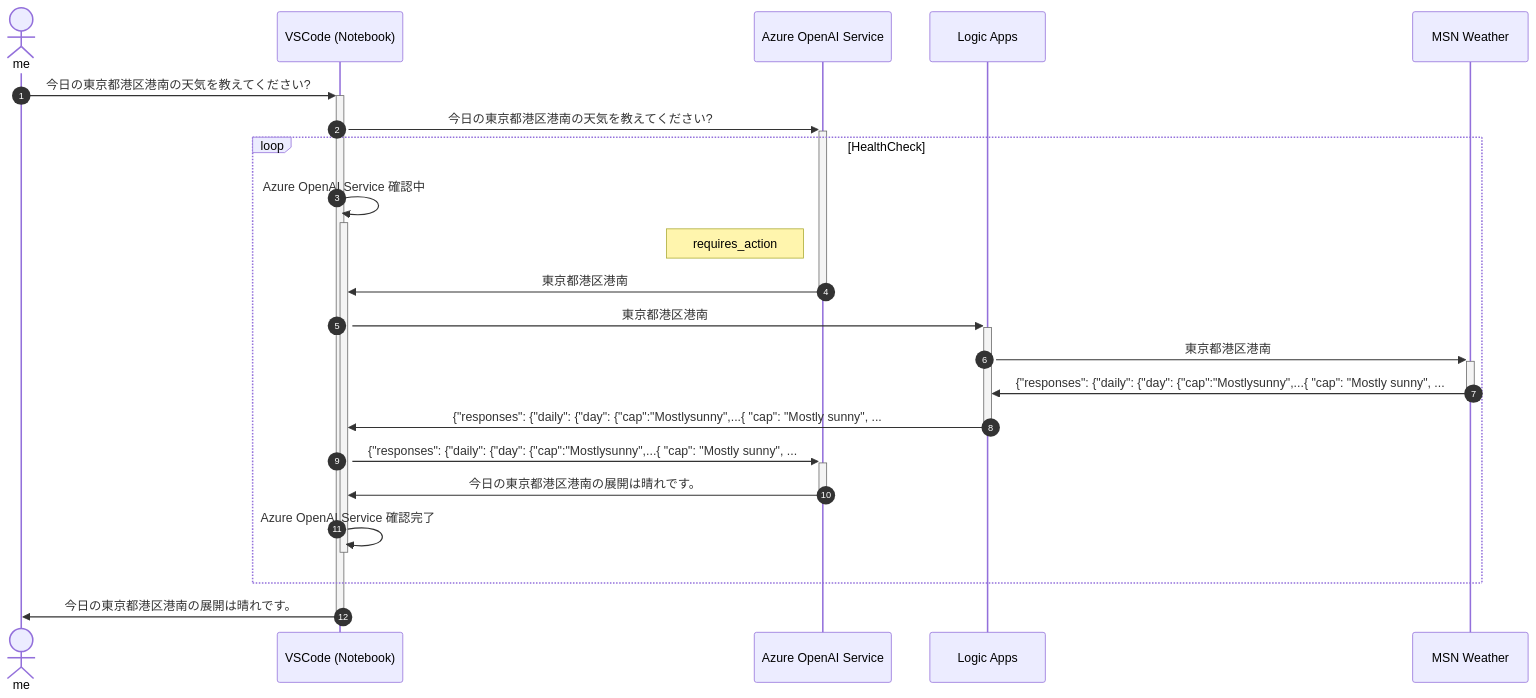
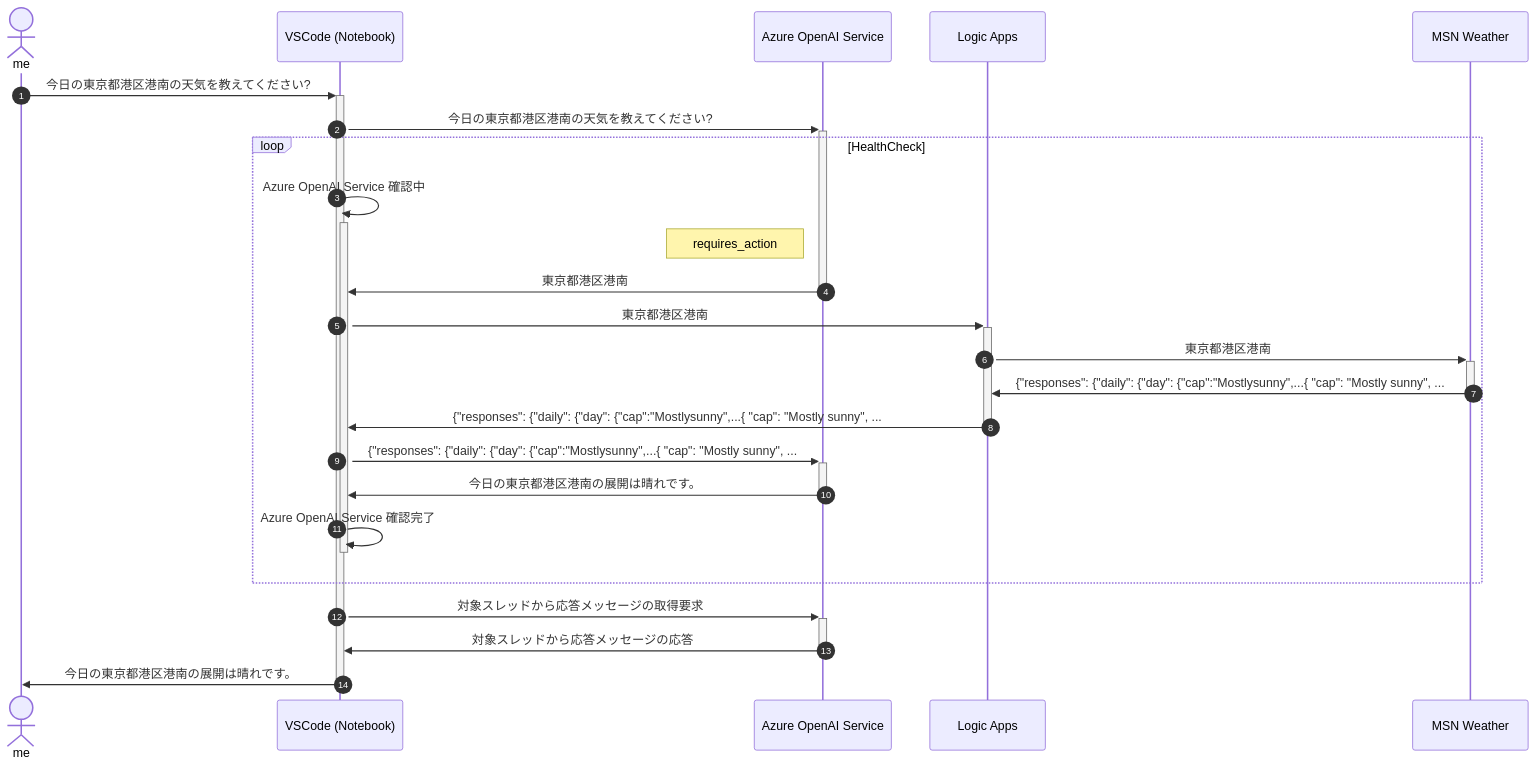
One commit to tsukashusan/assistants-api-sample-using-python changed the first of 3 diagrams in docs/logic-apps.markdown. Above: the diagram before and after it, drawn with Mermaid. The commit also changed other lines of this file and 4 other files, not shown here.

````diff
--- a/docs/logic-apps.markdown
+++ b/docs/logic-apps.markdown
@@ -17,26 +17,28 @@
 ```mermaid
 sequenceDiagram
     autonumber
     actor me
     participant VSCode (Notebook)
     participant Azure OpenAI Service
     participant Logic Apps
     participant MSN Weather
     
     me ->> +VSCode (Notebook):  今日の東京都港区港南の天気を教えてください?
     VSCode (Notebook)->> +Azure OpenAI Service: 今日の東京都港区港南の天気を教えてください?
     loop HealthCheck
         VSCode (Notebook)->>+VSCode (Notebook): Azure OpenAI Service 確認中
     
         Note left of Azure OpenAI Service: requires_action 
         Azure OpenAI Service->> -VSCode (Notebook): 東京都港区港南
         VSCode (Notebook)->>+Logic Apps: 東京都港区港南
         Logic Apps->>+MSN Weather: 東京都港区港南
         MSN Weather->>-Logic Apps: {"responses": {"daily": {"day":      {"cap":"Mostlysunny",...{        "cap": "Mostly sunny",   ...
         Logic Apps->>-VSCode (Notebook): {"responses": {"daily": {"day":      {"cap":"Mostlysunny",...{        "cap": "Mostly sunny",   ... 
         VSCode (Notebook)->>+Azure OpenAI Service: {"responses": {"daily": {"day":      {"cap":"Mostlysunny",...{        "cap": "Mostly sunny",   ...
         Azure OpenAI Service->>-VSCode (Notebook): 今日の東京都港区港南の展開は晴れです。 
         VSCode (Notebook)->>-VSCode (Notebook): Azure OpenAI Service 確認完了
     end
+    VSCode (Notebook)->>+Azure OpenAI Service: 対象スレッドから応答メッセージの取得要求
+    Azure OpenAI Service->>-VSCode (Notebook)　: 対象スレッドから応答メッセージの応答
     VSCode (Notebook)->>-me: 今日の東京都港区港南の展開は晴れです。
 ```
````
